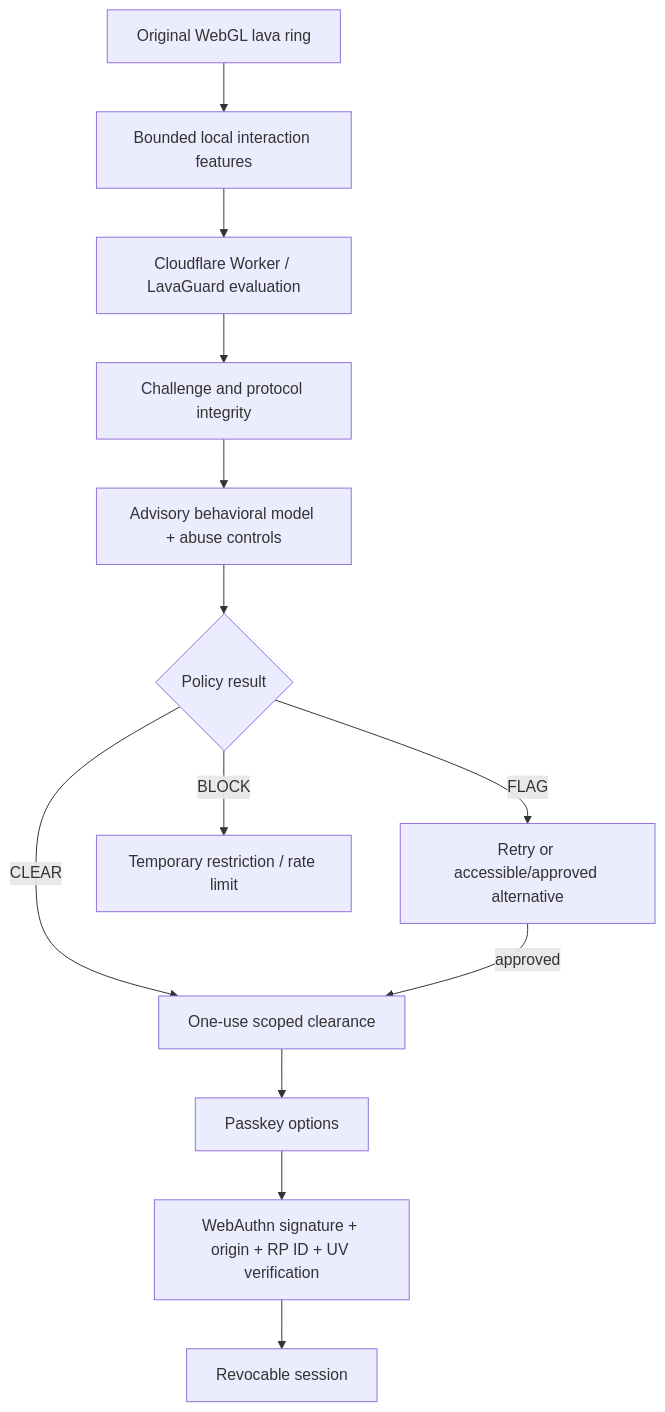
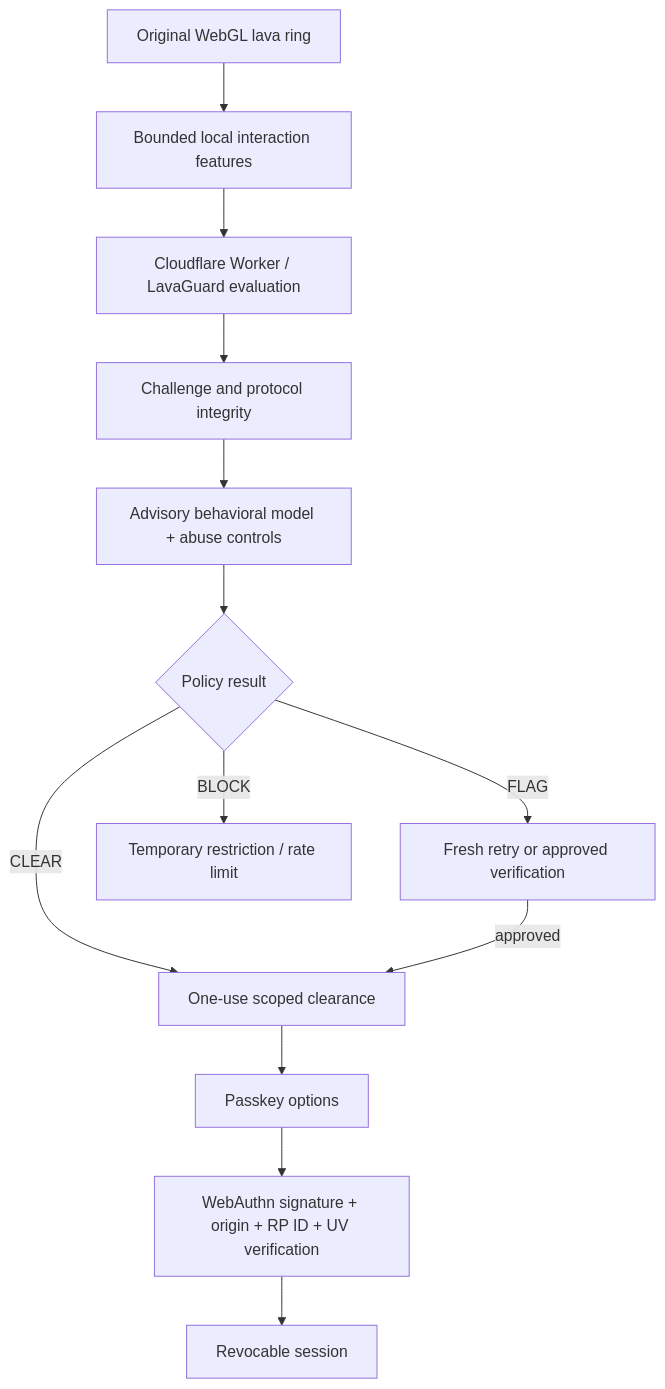
One commit to Yohands123/Lava_Authentication changed the diagram in README.md. Above: the diagram before and after it, drawn with Mermaid. The commit also changed other lines of this file and 159 other files, not shown here.

````diff
--- a/README.md
+++ b/README.md
@@ -92,15 +98,15 @@
 ```mermaid
 flowchart TD
   A["Original WebGL lava ring"] --> B["Bounded local interaction features"]
   B --> C["Cloudflare Worker / LavaGuard evaluation"]
   C --> D["Challenge and protocol integrity"]
   D --> E["Advisory behavioral model + abuse controls"]
   E --> F{"Policy result"}
   F -->|CLEAR| G["One-use scoped clearance"]
-  F -->|FLAG| H["Retry or accessible/approved alternative"]
+  F -->|FLAG| H["Fresh retry or approved verification"]
   F -->|BLOCK| I["Temporary restriction / rate limit"]
   H -->|approved| G
   G --> J["Passkey options"]
   J --> K["WebAuthn signature + origin + RP ID + UV verification"]
   K --> L["Revocable session"]
 ```
````
